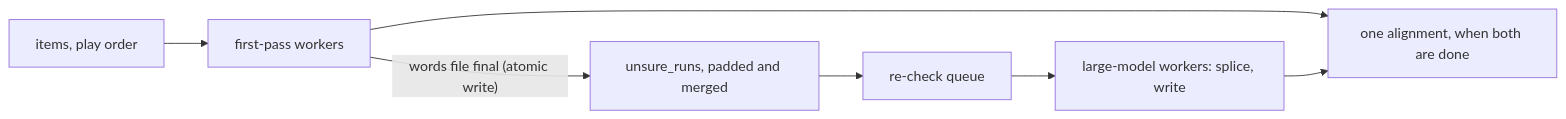
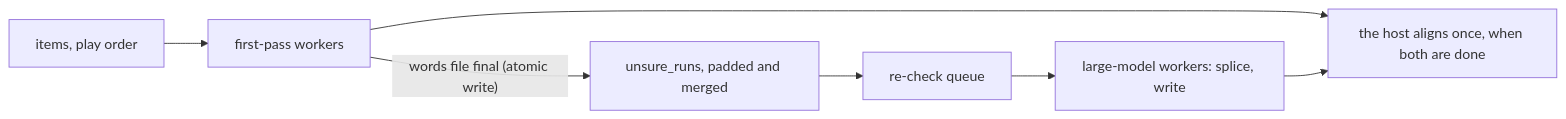
Before and after one commit to countrymanprime/narration-studio: the diagram in docs/design/recording-check-pipeline.md, drawn with Mermaid. The commit also changed other lines of this file and 49 other files, not shown here.

First line of the commit message:
feat(proof): the host aligns the recording check; the sidecar only transcribes

````diff
--- a/docs/design/recording-check-pipeline.md
+++ b/docs/design/recording-check-pipeline.md
@@ -11,9 +11,9 @@
 ```mermaid
 flowchart LR
   items["items, play order"] --> first["first-pass workers"]
   first -->|"words file final (atomic write)"| doubt["unsure_runs, padded and merged"]
   doubt --> queue["re-check queue"]
   queue --> large["large-model workers: splice, write"]
-  first --> align["one alignment, when both are done"]
+  first --> align["the host aligns once, when both are done"]
   large --> align
 ```
````
